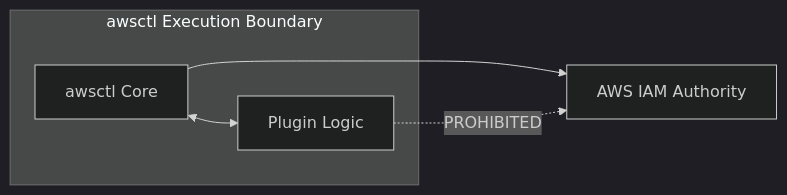
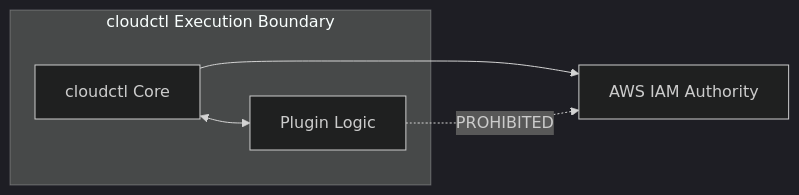
The second of 2 diagrams in docs/wiki/plugin-framework.md (hoad-org/cloudctl), drawn with Mermaid (dark theme) before and after one commit. The commit also changed other lines of this file and 198 other files, not shown here.

````diff
--- a/docs/wiki/plugin-framework.md
+++ b/docs/wiki/plugin-framework.md
@@ -63,12 +63,12 @@
 ```mermaid
 graph LR
-    subgraph CoreBoundary [awsctl Execution Boundary]
-        Core[awsctl Core]
+    subgraph CoreBoundary [cloudctl Execution Boundary]
+        Core[cloudctl Core]
         Plugin[Plugin Logic]
     end
     Authority[AWS IAM Authority]
 
     Core <--> Plugin
     Core --> Authority
     Plugin -.->|PROHIBITED| Authority
 ```
````
